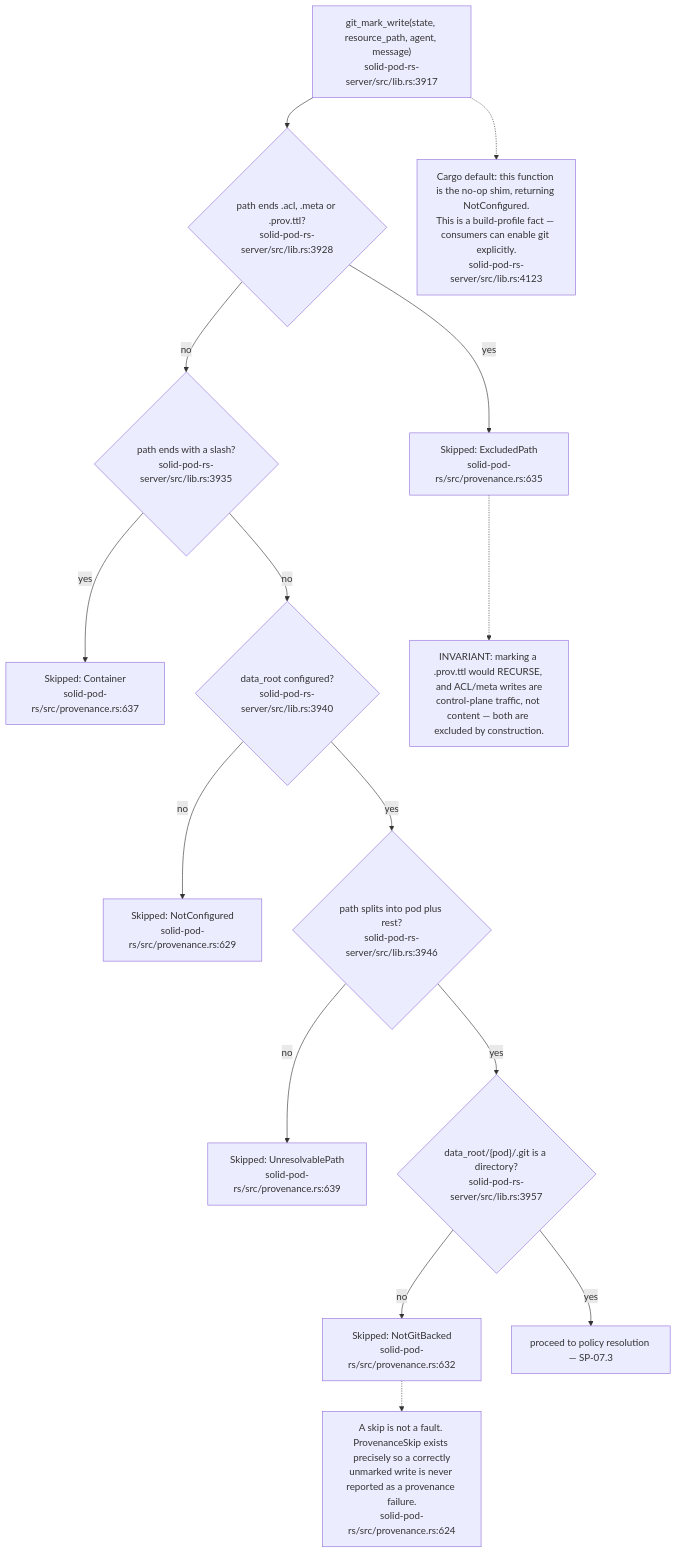
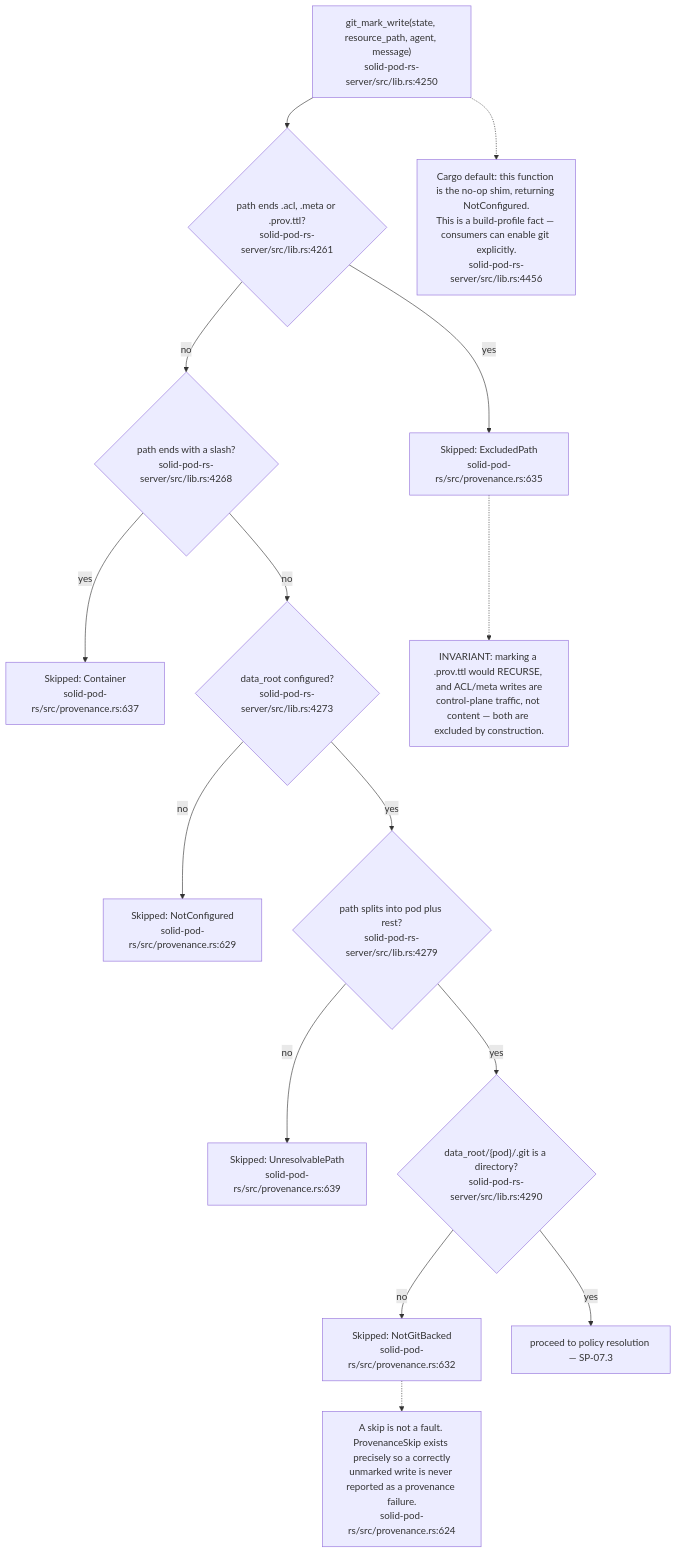
The second of 19 diagrams in docs/diagrams/solid-pod-rs/07-provenance-and-payments.md (DreamLab-AI/VisionFlow), drawn with Mermaid before and after one commit. The commit also changed other lines of this file and 59 other files, not shown here.

First line of the commit message:
docs(diagrams): re-derive and re-stamp forum, website, pod, ontomark and sealmap topics

````diff
--- a/docs/diagrams/solid-pod-rs/07-provenance-and-payments.md
+++ b/docs/diagrams/solid-pod-rs/07-provenance-and-payments.md
@@ -52,34 +52,34 @@
 ```mermaid
 flowchart TD
-    IN["git_mark_write(state, resource_path, agent, message)<br/>solid-pod-rs-server/src/lib.rs:3917"]
-    SIDE{"path ends .acl, .meta or .prov.ttl?<br/>solid-pod-rs-server/src/lib.rs:3928"}
+    IN["git_mark_write(state, resource_path, agent, message)<br/>solid-pod-rs-server/src/lib.rs:4250"]
+    SIDE{"path ends .acl, .meta or .prov.ttl?<br/>solid-pod-rs-server/src/lib.rs:4261"}
     S1["Skipped: ExcludedPath<br/>solid-pod-rs/src/provenance.rs:635"]
-    CONT{"path ends with a slash?<br/>solid-pod-rs-server/src/lib.rs:3935"}
+    CONT{"path ends with a slash?<br/>solid-pod-rs-server/src/lib.rs:4268"}
     S2["Skipped: Container<br/>solid-pod-rs/src/provenance.rs:637"]
-    ROOT{"data_root configured?<br/>solid-pod-rs-server/src/lib.rs:3940"}
+    ROOT{"data_root configured?<br/>solid-pod-rs-server/src/lib.rs:4273"}
     S3["Skipped: NotConfigured<br/>solid-pod-rs/src/provenance.rs:629"]
-    SPLIT{"path splits into pod plus rest?<br/>solid-pod-rs-server/src/lib.rs:3946"}
+    SPLIT{"path splits into pod plus rest?<br/>solid-pod-rs-server/src/lib.rs:4279"}
     S4["Skipped: UnresolvablePath<br/>solid-pod-rs/src/provenance.rs:639"]
-    GITD{"data_root/{pod}/.git is a directory?<br/>solid-pod-rs-server/src/lib.rs:3957"}
+    GITD{"data_root/{pod}/.git is a directory?<br/>solid-pod-rs-server/src/lib.rs:4290"}
     S5["Skipped: NotGitBacked<br/>solid-pod-rs/src/provenance.rs:632"]
     GO["proceed to policy resolution — SP-07.3"]
 
     IN --> SIDE
     SIDE -- yes --> S1
     SIDE -- no --> CONT
     CONT -- yes --> S2
     CONT -- no --> ROOT
     ROOT -- no --> S3
     ROOT -- yes --> SPLIT
     SPLIT -- no --> S4
     SPLIT -- yes --> GITD
     GITD -- no --> S5
     GITD -- yes --> GO
 
     N["INVARIANT: marking a .prov.ttl would RECURSE, and ACL/meta writes are<br/>control-plane traffic, not content — both are excluded by construction."]
     S1 -.-> N
     N2["A skip is not a fault. ProvenanceSkip exists precisely so a correctly<br/>unmarked write is never reported as a provenance failure.<br/>solid-pod-rs/src/provenance.rs:624"]
     S5 -.-> N2
-    N3["Cargo default: this function is the no-op shim, returning NotConfigured.<br/>This is a build-profile fact — consumers can enable git explicitly.<br/>solid-pod-rs-server/src/lib.rs:4123"]
+    N3["Cargo default: this function is the no-op shim, returning NotConfigured.<br/>This is a build-profile fact — consumers can enable git explicitly.<br/>solid-pod-rs-server/src/lib.rs:4456"]
     IN -.-> N3
 ```
````
